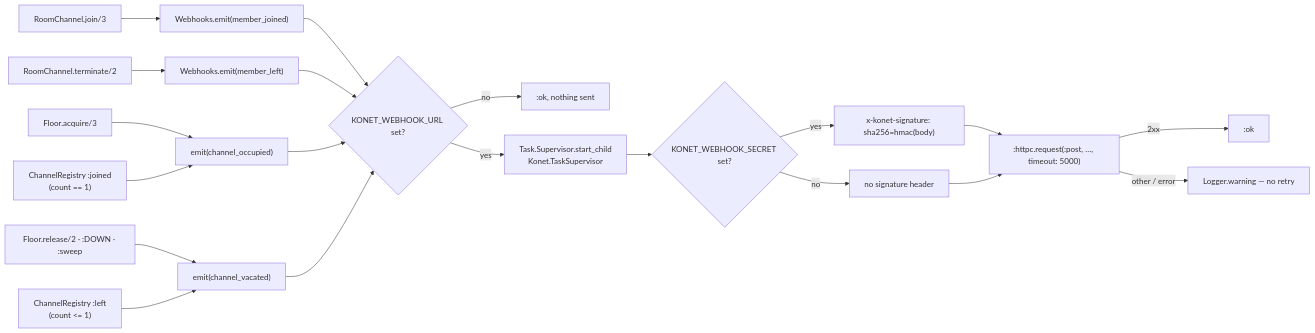
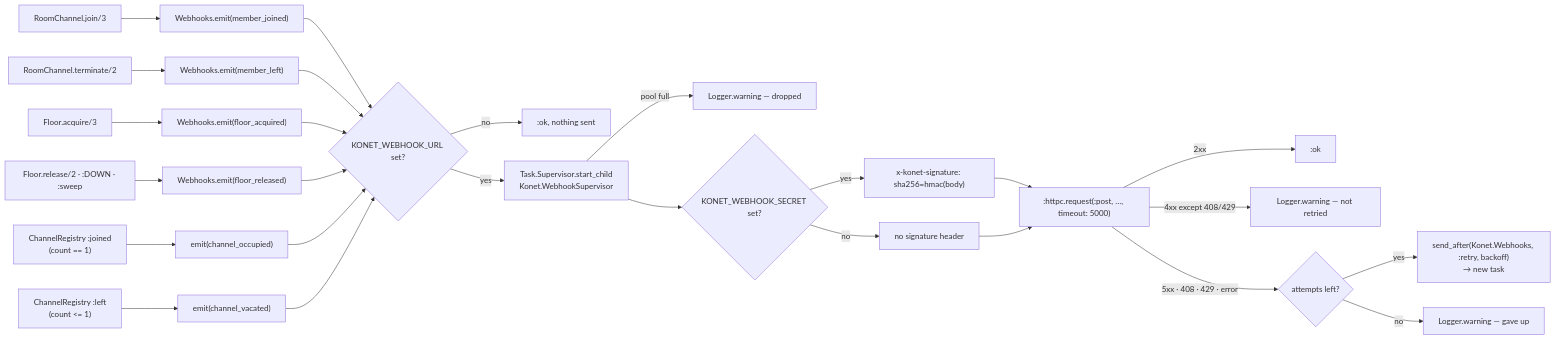
One commit to raucheacho/konet changed the diagram in docs-internal/02-konet-server/03-auth-ratelimit-webhooks.md. Above: the diagram before and after it, drawn with Mermaid. The commit also changed other lines of this file and 23 other files, not shown here.

````diff
--- a/docs-internal/02-konet-server/03-auth-ratelimit-webhooks.md
+++ b/docs-internal/02-konet-server/03-auth-ratelimit-webhooks.md
@@ -193,19 +220,23 @@
 ```mermaid
 flowchart LR
     J["RoomChannel.join/3"] --> WH1["Webhooks.emit(member_joined)"]
     T["RoomChannel.terminate/2"] --> WH2["Webhooks.emit(member_left)"]
     FA["Floor.acquire/3"] --> WH3["Webhooks.emit(floor_acquired)"]
     FR["Floor.release/2 · :DOWN · :sweep"] --> WH4["Webhooks.emit(floor_released)"]
-    R1["ChannelRegistry :joined<br/>(count == 1)"] --> WH3["emit(channel_occupied)"]
-    R2["ChannelRegistry :left<br/>(count <= 1)"] --> WH4["emit(channel_vacated)"]
+    R1["ChannelRegistry :joined<br/>(count == 1)"] --> WH5["emit(channel_occupied)"]
+    R2["ChannelRegistry :left<br/>(count <= 1)"] --> WH6["emit(channel_vacated)"]
 
-    WH1 & WH2 & WH3 & WH4 --> E{"KONET_WEBHOOK_URL set?"}
+    WH1 & WH2 & WH3 & WH4 & WH5 & WH6 --> E{"KONET_WEBHOOK_URL set?"}
     E -->|no| NOOP[":ok, nothing sent"]
-    E -->|yes| TASK["Task.Supervisor.start_child<br/>Konet.TaskSupervisor"]
+    E -->|yes| TASK["Task.Supervisor.start_child<br/>Konet.WebhookSupervisor"]
+    TASK -->|pool full| DROP["Logger.warning — dropped"]
     TASK --> SIG{"KONET_WEBHOOK_SECRET set?"}
     SIG -->|yes| HDR["x-konet-signature: sha256=hmac(body)"]
     SIG -->|no| PLAIN["no signature header"]
     HDR & PLAIN --> POST[":httpc.request(:post, …, timeout: 5000)"]
     POST -->|2xx| OK[":ok"]
-    POST -->|other / error| LOG["Logger.warning — no retry"]
+    POST -->|4xx except 408/429| REF["Logger.warning — not retried"]
+    POST -->|5xx · 408 · 429 · error| RETRY{"attempts left?"}
+    RETRY -->|yes| LATER["send_after(Konet.Webhooks, :retry, backoff)<br/>→ new task"]
+    RETRY -->|no| GIVEUP["Logger.warning — gave up"]
 ```
````
